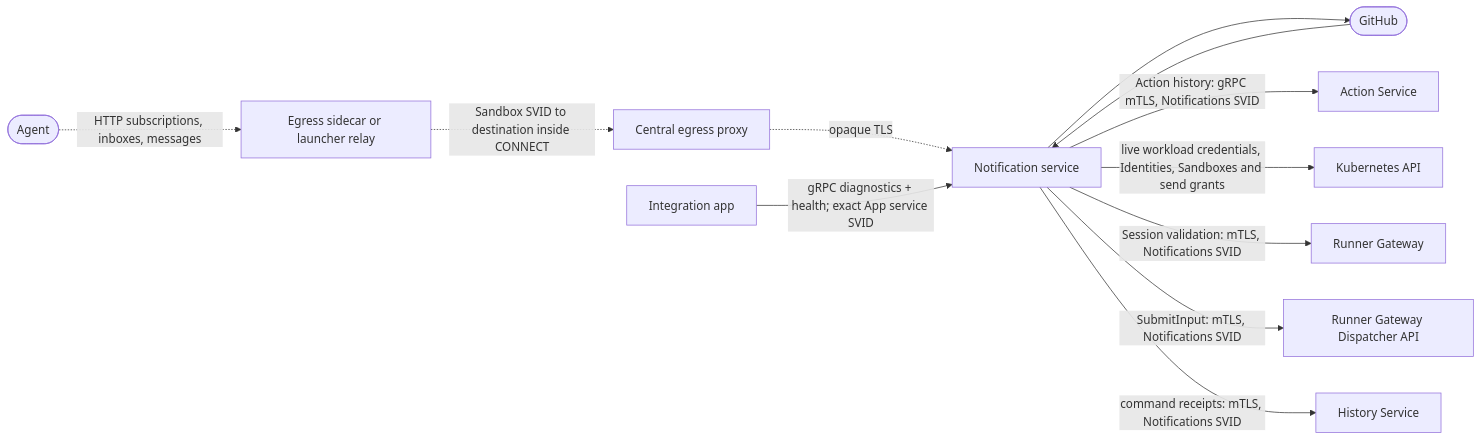
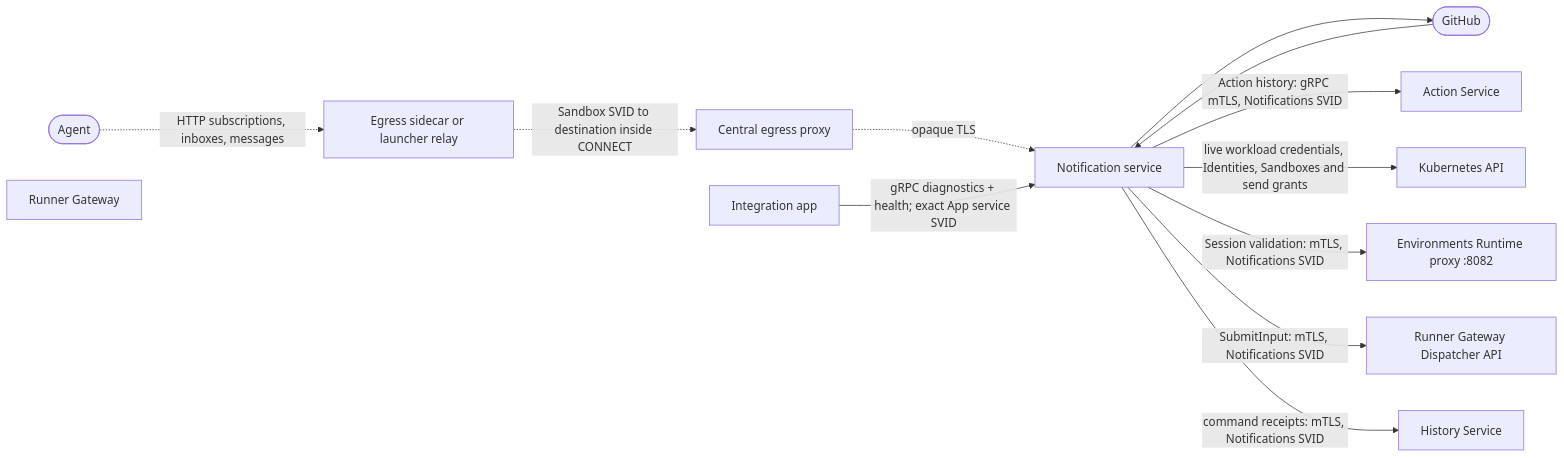
One commit to agentydragon/ducktape changed diagram 11 of 18 in agentplane/docs/system_overview.md. Above: the diagram before and after it, drawn with Mermaid. The commit also changed other lines of this file and 23 other files, not shown here.

Commit message:
Route Runtime proxy callers through Environments

````diff
--- a/agentplane/docs/system_overview.md
+++ b/agentplane/docs/system_overview.md
@@ -643,26 +646,26 @@
 ```mermaid
 flowchart LR
     agent([Agent])
     app[Integration app]
     github([GitHub])
     notifications[Notification service]
     actions[Action Service]
     k8s[Kubernetes API]
     gateway[Runner Gateway]
     dispatcher[Runner Gateway Dispatcher API]
     history[History Service]
 
     sidecar[Egress sidecar or launcher relay]
     proxy[Central egress proxy]
     agent -.->|HTTP subscriptions, inboxes, messages| sidecar
     sidecar -.->|Sandbox SVID to destination inside CONNECT| proxy
     proxy -.->|opaque TLS| notifications
     app -->|gRPC diagnostics + health; exact App service SVID| notifications
     github --> notifications
     notifications --> github
     notifications -->|Action history: gRPC mTLS, Notifications SVID| actions
     notifications -->|live workload credentials, Identities, Sandboxes and send grants| k8s
-    notifications -->|Session validation: mTLS, Notifications SVID| gateway
+    notifications -->|Session validation: mTLS, Notifications SVID| environments[Environments Runtime proxy :8082]
     notifications -->|SubmitInput: mTLS, Notifications SVID| dispatcher
     notifications -->|command receipts: mTLS, Notifications SVID| history
 ```
````
